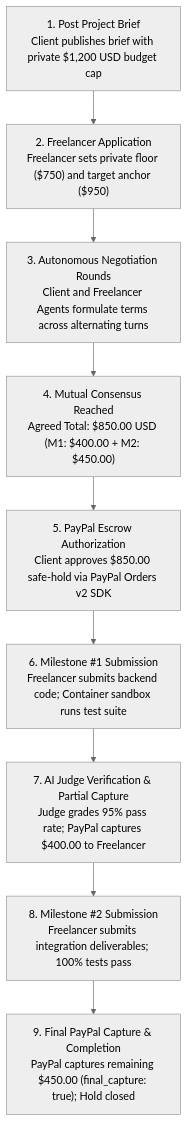
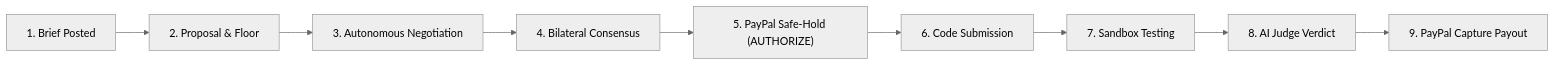
Before and after one commit to venmugilrajan/TrustPay: the second of 2 diagrams in README.md, drawn with Mermaid (neutral theme). The commit also changed other lines of this file, not shown here.

Commit message:
docs: finalize production README with live deployment links, architecture, and complete spec

````diff
--- a/README.md
+++ b/README.md
@@ -152,14 +167,11 @@
 ```mermaid
-flowchart TD
-    S1["1. Post Project Brief<br/>Client publishes brief with private $1,200 USD budget cap"]
-    S2["2. Freelancer Application<br/>Freelancer sets private floor ($750) and target anchor ($950)"]
-    S3["3. Autonomous Negotiation Rounds<br/>Client and Freelancer Agents formulate terms across alternating turns"]
-    S4["4. Mutual Consensus Reached<br/>Agreed Total: $850.00 USD (M1: $400.00 + M2: $450.00)"]
-    S5["5. PayPal Escrow Authorization<br/>Client approves $850.00 safe-hold via PayPal Orders v2 SDK"]
-    S6["6. Milestone #1 Submission<br/>Freelancer submits backend code; Container sandbox runs test suite"]
-    S7["7. AI Judge Verification & Partial Capture<br/>Judge grades 95% pass rate; PayPal captures $400.00 to Freelancer"]
-    S8["8. Milestone #2 Submission<br/>Freelancer submits integration deliverables; 100% tests pass"]
-    S9["9. Final PayPal Capture & Completion<br/>PayPal captures remaining $450.00 (final_capture: true); Hold closed"]
-
-    S1 --> S2 --> S3 --> S4 --> S5 --> S6 --> S7 --> S8 --> S9
+flowchart LR
+    S1["1. Brief Posted"] --> S2["2. Proposal & Floor"]
+    S2 --> S3["3. Autonomous Negotiation"]
+    S3 --> S4["4. Bilateral Consensus"]
+    S4 --> S5["5. PayPal Safe-Hold (AUTHORIZE)"]
+    S5 --> S6["6. Code Submission"]
+    S6 --> S7["7. Sandbox Testing"]
+    S7 --> S8["8. AI Judge Verdict"]
+    S8 --> S9["9. PayPal Capture Payout"]
 ```
````
